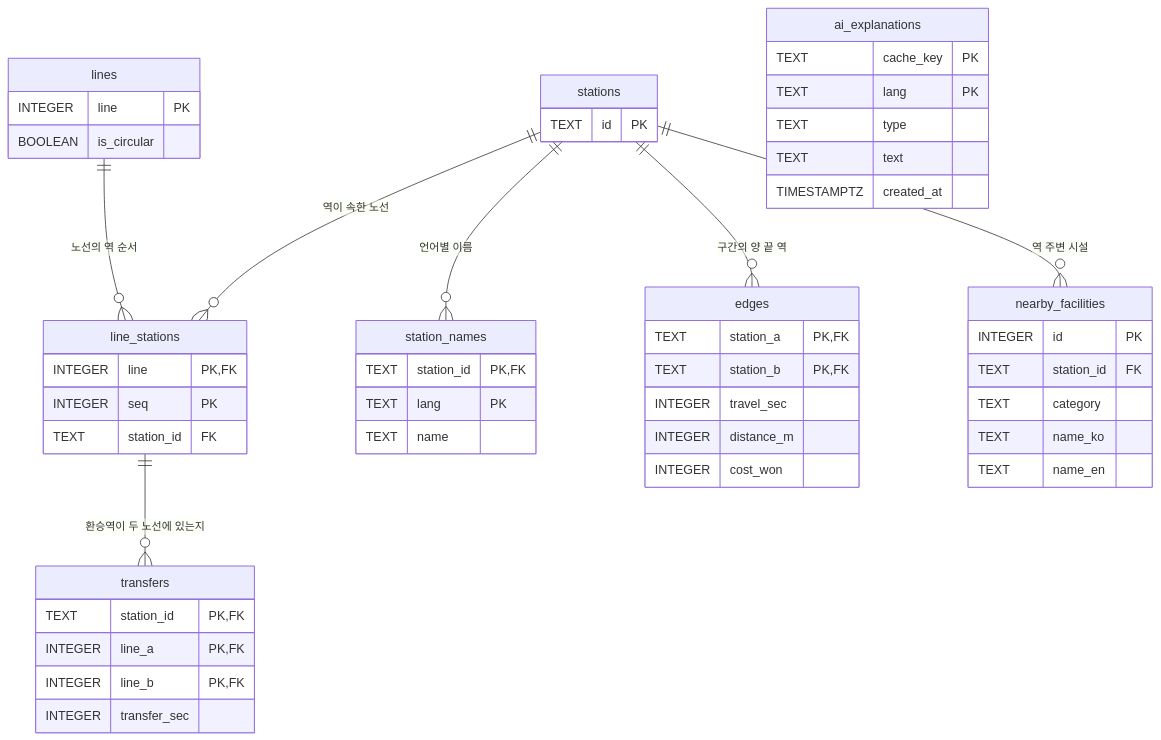
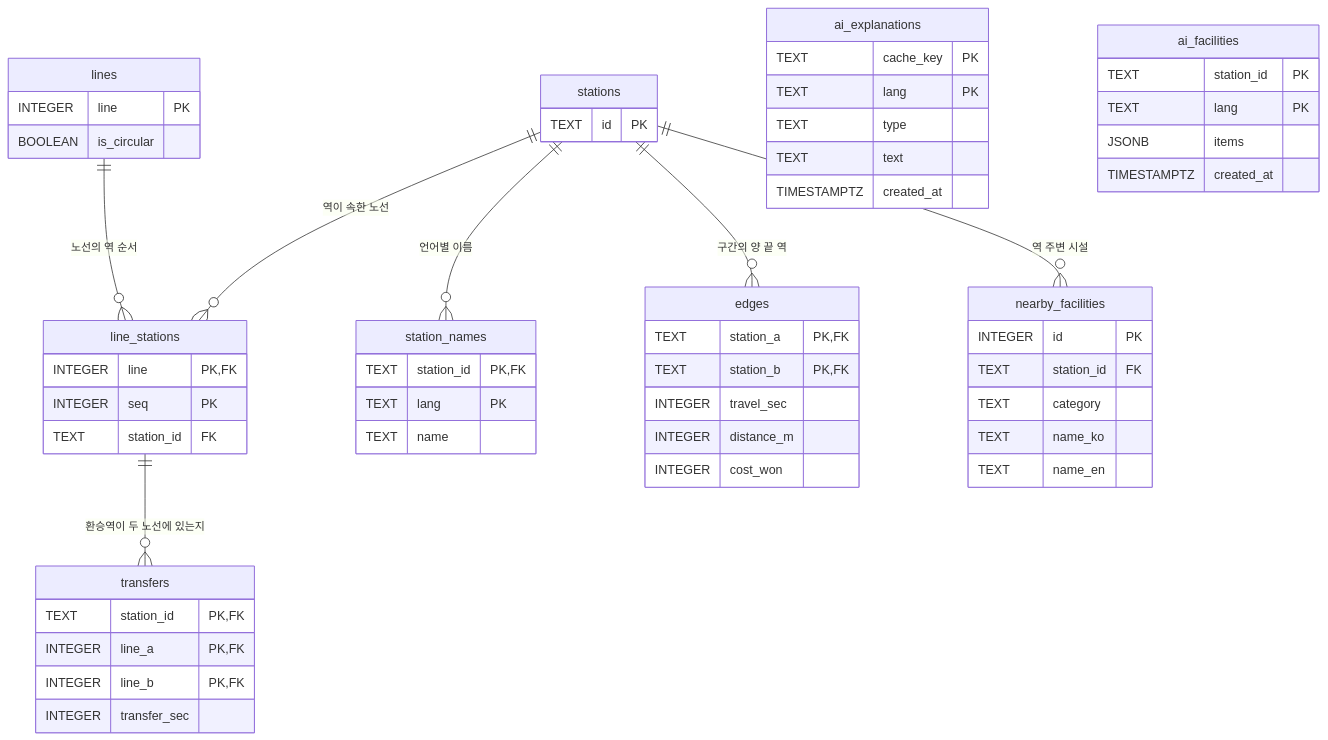
One commit to leejin727/2026_TeamProject_hanSC changed the diagram in docs/db-schema.md. Above: the diagram before and after it, drawn with Mermaid. The commit also changed other lines of this file and 13 other files, not shown here.

````diff
--- a/docs/db-schema.md
+++ b/docs/db-schema.md
@@ -57,54 +57,60 @@
 ```mermaid
 erDiagram
     lines ||--o{ line_stations : "노선의 역 순서"
     stations ||--o{ line_stations : "역이 속한 노선"
     stations ||--o{ station_names : "언어별 이름"
     stations ||--o{ edges : "구간의 양 끝 역"
     line_stations ||--o{ transfers : "환승역이 두 노선에 있는지"
     stations ||--o{ nearby_facilities : "역 주변 시설"
 
     lines {
         INTEGER line PK
         BOOLEAN is_circular
     }
     stations {
         TEXT id PK
     }
     station_names {
         TEXT station_id PK, FK
         TEXT lang PK
         TEXT name
     }
     line_stations {
         INTEGER line PK, FK
         INTEGER seq PK
         TEXT station_id FK
     }
     edges {
         TEXT station_a PK, FK
         TEXT station_b PK, FK
         INTEGER travel_sec
         INTEGER distance_m
         INTEGER cost_won
     }
     transfers {
         TEXT station_id PK, FK
         INTEGER line_a PK, FK
         INTEGER line_b PK, FK
         INTEGER transfer_sec
     }
     nearby_facilities {
         INTEGER id PK
         TEXT station_id FK
         TEXT category
         TEXT name_ko
         TEXT name_en
     }
     ai_explanations {
         TEXT cache_key PK
         TEXT lang PK
         TEXT type
         TEXT text
         TIMESTAMPTZ created_at
     }
+    ai_facilities {
+        TEXT station_id PK
+        TEXT lang PK
+        JSONB items
+        TIMESTAMPTZ created_at
+    }
 ```
````
